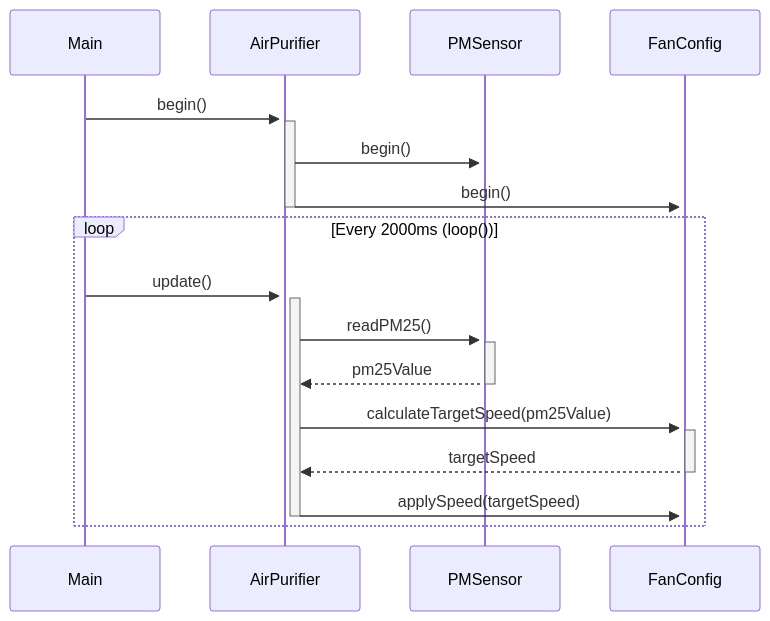
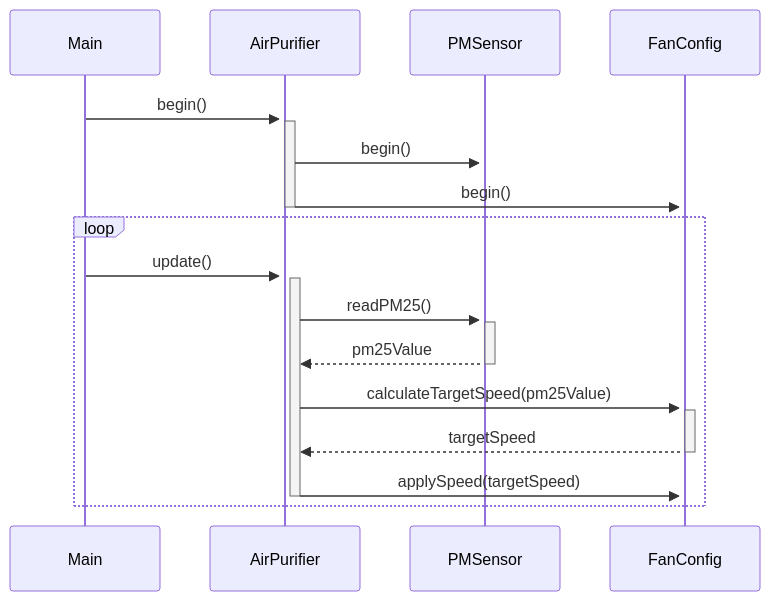
One commit to phukrit7171/esp32_air_purifier changed the seventh of 7 diagrams in README.md. Above: the diagram before and after it, drawn with Mermaid.

Commit message:
fix: sequence diagram

````diff
--- a/README.md
+++ b/README.md
@@ -257,24 +257,24 @@
 ```mermaid
 sequenceDiagram
     participant Main
     participant AirPurifier
     participant PMSensor
     participant FanConfig
     
     Main->>+AirPurifier: begin()
     activate AirPurifier
     AirPurifier->>+PMSensor: begin()
     AirPurifier->>+FanConfig: begin()
     deactivate AirPurifier
     
-    loop Every 2000ms (loop())
+    loop 
         Main->>+AirPurifier: update()
         activate AirPurifier
         AirPurifier->>+PMSensor: readPM25()
         PMSensor-->>-AirPurifier: pm25Value
         AirPurifier->>+FanConfig: calculateTargetSpeed(pm25Value)
         FanConfig-->>-AirPurifier: targetSpeed
         AirPurifier->>FanConfig: applySpeed(targetSpeed)
         deactivate AirPurifier
     end
 ```
````
